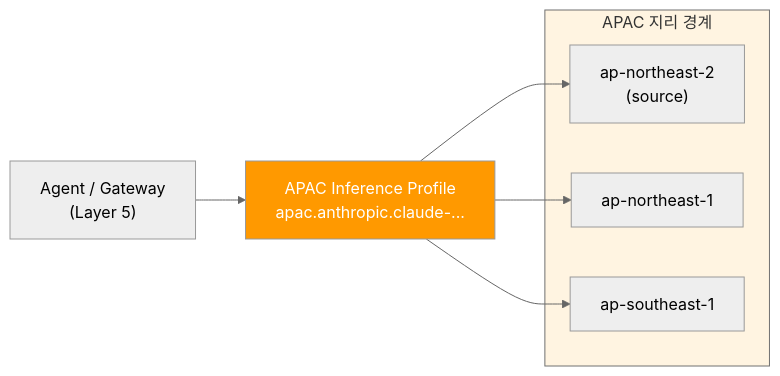
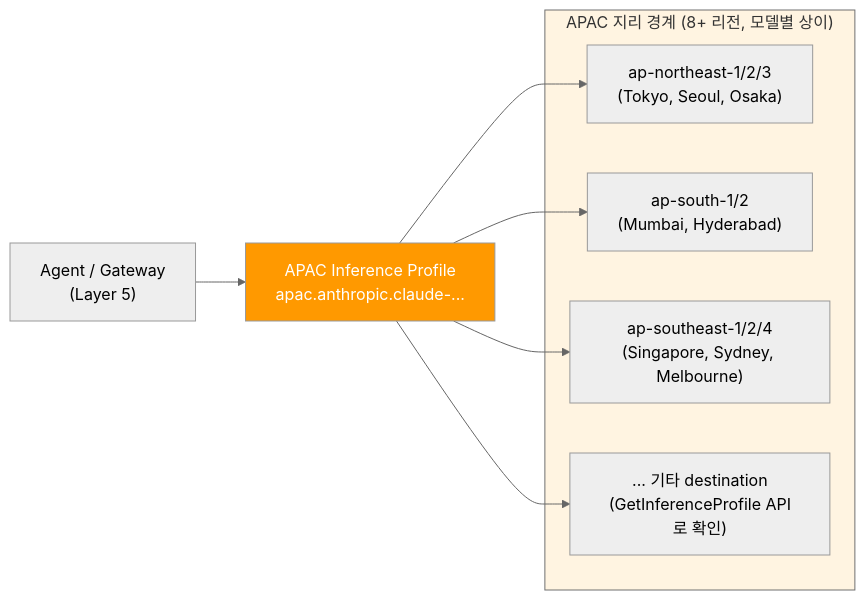
The third of 4 diagrams in docs/agentic-ai-platform/design-architecture/platform-selection/sovereign-hybrid-deployment.md (devfloor9/engineering-playbook), drawn with Mermaid (neutral theme) before and after one commit. The commit also changed other lines of this file and 49 other files, not shown here.

````diff
--- a/docs/agentic-ai-platform/design-architecture/platform-selection/sovereign-hybrid-deployment.md
+++ b/docs/agentic-ai-platform/design-architecture/platform-selection/sovereign-hybrid-deployment.md
@@ -175,17 +179,18 @@
 ```mermaid
 flowchart LR
     AGENT["Agent / Gateway<br/>(Layer 5)"]
     PROFILE["APAC Inference Profile<br/>apac.anthropic.claude-..."]
 
-    subgraph APAC["APAC 지리 경계"]
-        R1["ap-northeast-2<br/>(source)"]
-        R2["ap-northeast-1"]
-        R3["ap-southeast-1"]
+    subgraph APAC["APAC 지리 경계 (8+ 리전, 모델별 상이)"]
+        R1["ap-northeast-1/2/3<br/>(Tokyo, Seoul, Osaka)"]
+        R2["ap-south-1/2<br/>(Mumbai, Hyderabad)"]
+        R3["ap-southeast-1/2/4<br/>(Singapore, Sydney, Melbourne)"]
+        R4["... 기타 destination<br/>(GetInferenceProfile API로 확인)"]
     end
 
     AGENT --> PROFILE
-    PROFILE --> R1 & R2 & R3
+    PROFILE --> R1 & R2 & R3 & R4
 
     style APAC fill:#fff4e1
     style PROFILE fill:#ff9900,color:#fff
 ```
````
